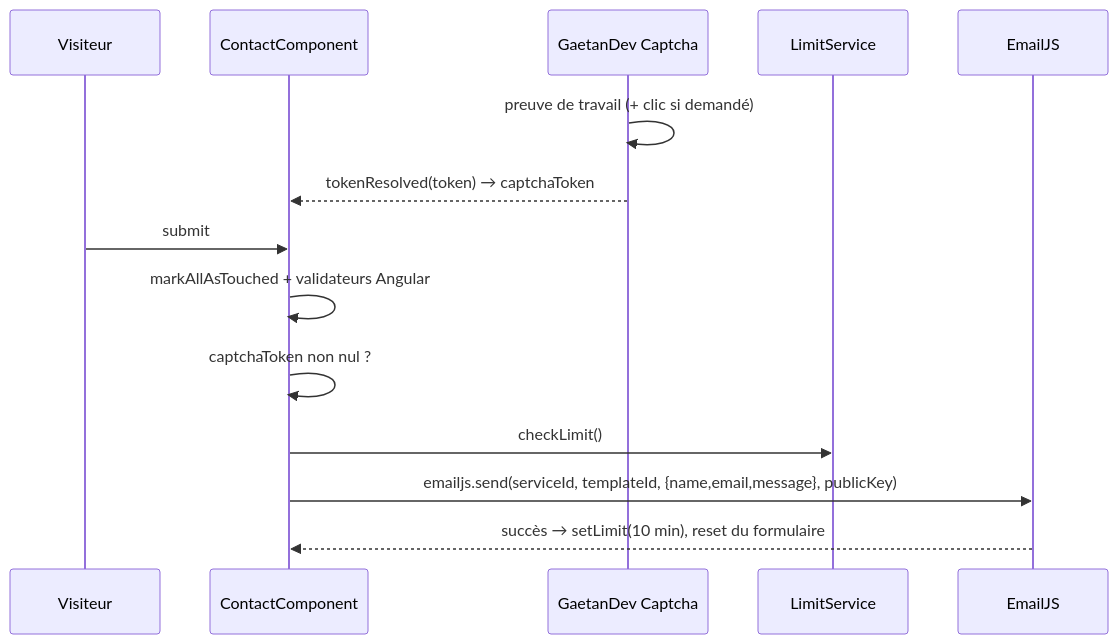
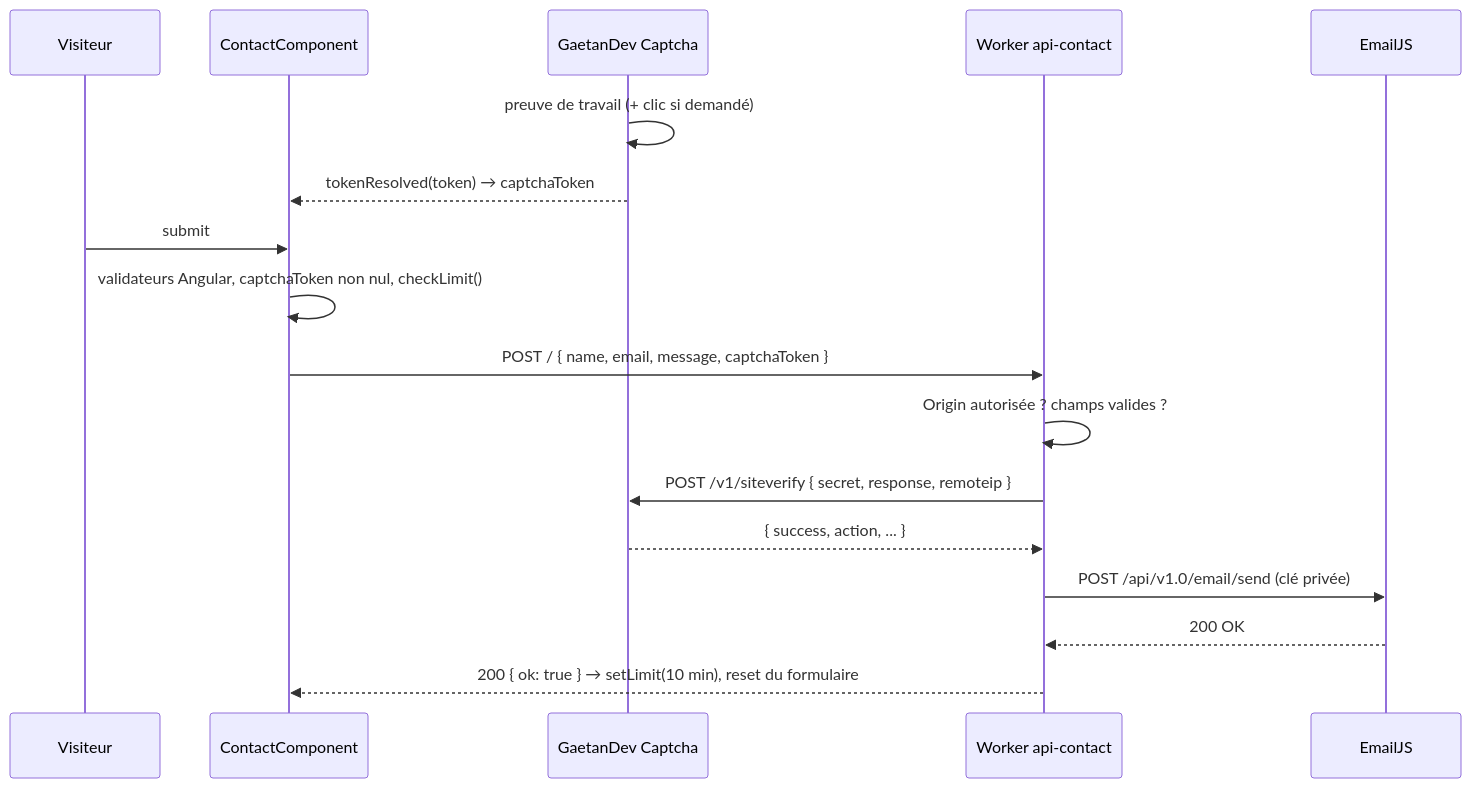
One commit to GaetanOff/Front-GaetanDev changed the diagram in docs/features/contact.md. Above: the diagram before and after it, drawn with Mermaid. The commit also changed other lines of this file and 19 other files, not shown here.

First line of the commit message:
feat(contact): envoie le formulaire via le worker Cloudflare api-contact

````diff
--- a/docs/features/contact.md
+++ b/docs/features/contact.md
@@ -27,16 +33,19 @@
 ```mermaid
 sequenceDiagram
   participant U as Visiteur
   participant C as ContactComponent
   participant T as GaetanDev Captcha
-  participant L as LimitService
+  participant W as Worker api-contact
   participant E as EmailJS
   T->>T: preuve de travail (+ clic si demandé)
   T-->>C: tokenResolved(token) → captchaToken
   U->>C: submit
-  C->>C: markAllAsTouched + validateurs Angular
-  C->>C: captchaToken non nul ?
-  C->>L: checkLimit()
-  C->>E: emailjs.send(serviceId, templateId, {name,email,message}, publicKey)
-  E-->>C: succès → setLimit(10 min), reset du formulaire
+  C->>C: validateurs Angular, captchaToken non nul, checkLimit()
+  C->>W: POST / { name, email, message, captchaToken }
+  W->>W: Origin autorisée ? champs valides ?
+  W->>T: POST /v1/siteverify { secret, response, remoteip }
+  T-->>W: { success, action, ... }
+  W->>E: POST /api/v1.0/email/send (clé privée)
+  E-->>W: 200 OK
+  W-->>C: 200 { ok: true } → setLimit(10 min), reset du formulaire
 ```
````
